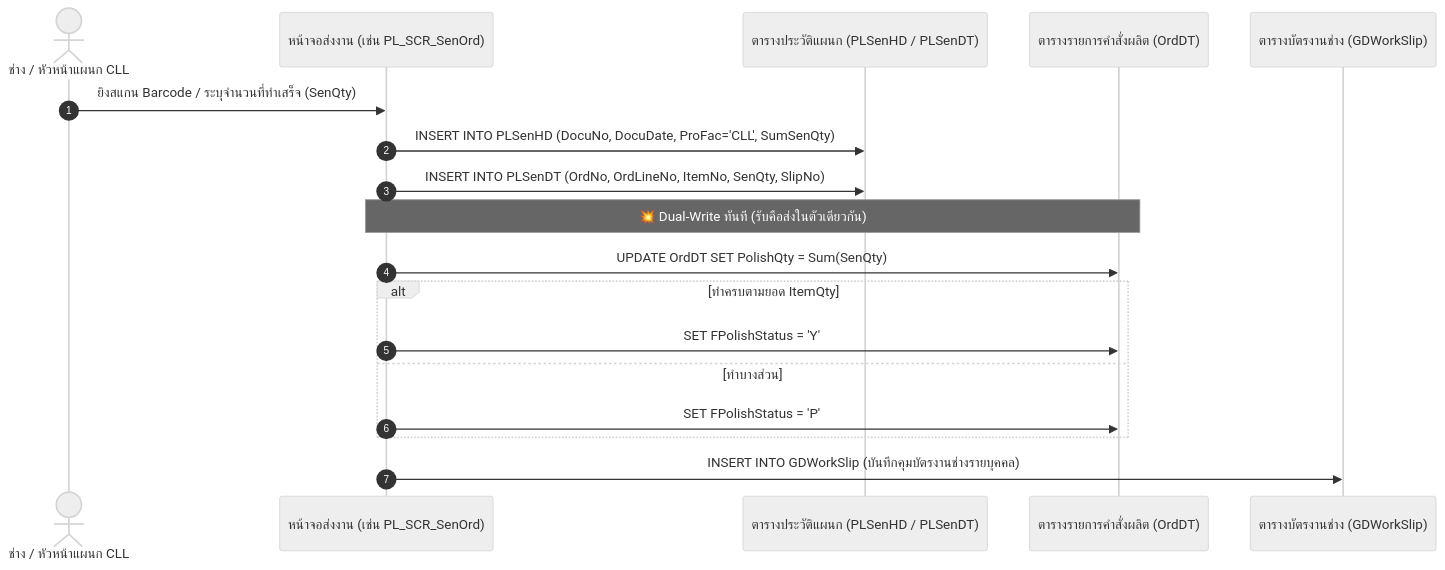
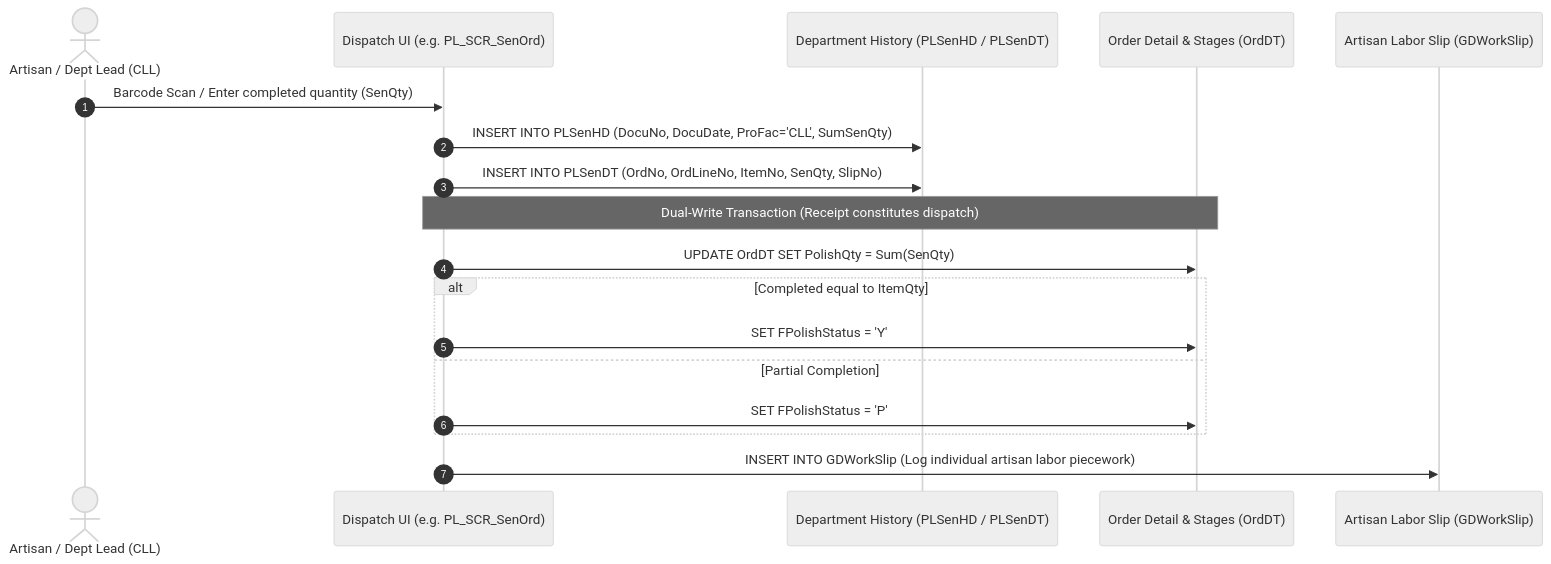
The second of 2 diagrams in LEGACY_PCC_SYSTEM_ARCHITECTURE.md (nitipoomph-coder/jewelry-factory-ERP), drawn with Mermaid (neutral theme) before and after one commit. The commit also changed other lines of this file, not shown here.

Commit message:
docs: translate LEGACY_PCC_SYSTEM_ARCHITECTURE.md to english

````diff
--- a/LEGACY_PCC_SYSTEM_ARCHITECTURE.md
+++ b/LEGACY_PCC_SYSTEM_ARCHITECTURE.md
@@ -70,21 +69,21 @@
 ```mermaid
 sequenceDiagram
     autonumber
-    actor Artisan as ช่าง / หัวหน้าแผนก CLL
-    participant Screen as หน้าจอส่งงาน (เช่น PL_SCR_SenOrd)
-    participant SenTable as ตารางประวัติแผนก (PLSenHD / PLSenDT)
-    participant OrdDT as ตารางรายการคำสั่งผลิต (OrdDT)
-    participant WorkSlip as ตารางบัตรงานช่าง (GDWorkSlip)
+    actor Artisan as Artisan / Dept Lead (CLL)
+    participant Screen as Dispatch UI (e.g. PL_SCR_SenOrd)
+    participant SenTable as Department History (PLSenHD / PLSenDT)
+    participant OrdDT as Order Detail & Stages (OrdDT)
+    participant WorkSlip as Artisan Labor Slip (GDWorkSlip)
 
-    Artisan->>Screen: ยิงสแกน Barcode / ระบุจำนวนที่ทำเสร็จ (SenQty)
+    Artisan->>Screen: Barcode Scan / Enter completed quantity (SenQty)
     Screen->>SenTable: INSERT INTO PLSenHD (DocuNo, DocuDate, ProFac='CLL', SumSenQty)
     Screen->>SenTable: INSERT INTO PLSenDT (OrdNo, OrdLineNo, ItemNo, SenQty, SlipNo)
-    Note over Screen,OrdDT: 💥 Dual-Write ทันที (รับคือส่งในตัวเดียวกัน)
+    Note over Screen,OrdDT: Dual-Write Transaction (Receipt constitutes dispatch)
     Screen->>OrdDT: UPDATE OrdDT SET PolishQty = Sum(SenQty)
-    alt ทำครบตามยอด ItemQty
+    alt Completed equal to ItemQty
         Screen->>OrdDT: SET FPolishStatus = 'Y'
-    else ทำบางส่วน
+    else Partial Completion
         Screen->>OrdDT: SET FPolishStatus = 'P'
     end
-    Screen->>WorkSlip: INSERT INTO GDWorkSlip (บันทึกคุมบัตรงานช่างรายบุคคล)
+    Screen->>WorkSlip: INSERT INTO GDWorkSlip (Log individual artisan labor piecework)
 ```
````
